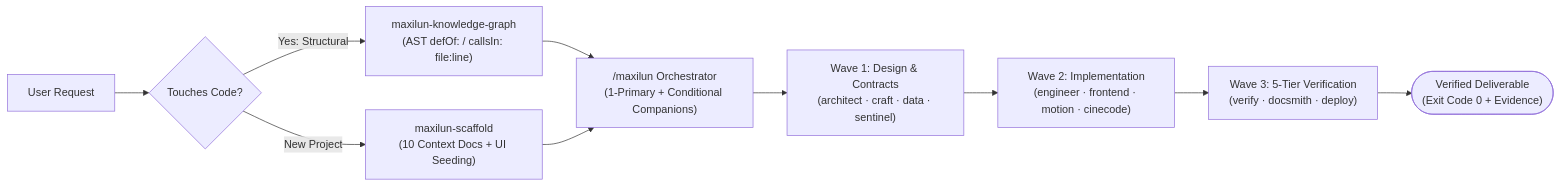
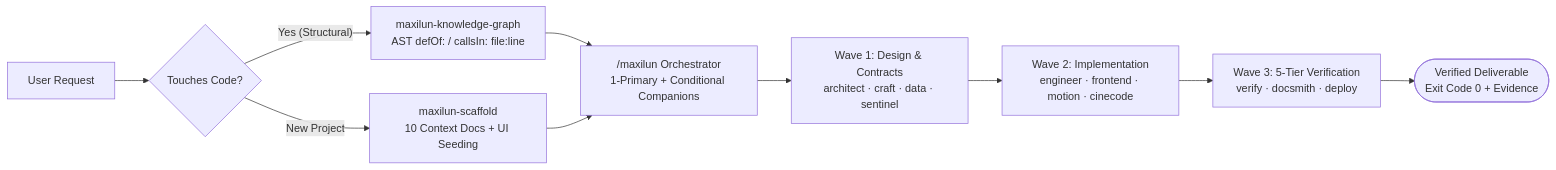
Before and after one commit to giriedu/maxilun: the first of 2 diagrams in README.md, drawn with Mermaid. The commit also changed other lines of this file and 2 other files, not shown here.

Commit message:
feat: release v2.3.0 with multi-skill motion video studio, reference corpora, and visual benchmarks

````diff
--- a/README.md
+++ b/README.md
@@ -66,13 +64,13 @@
 ```mermaid
 flowchart LR
     Prompt["User Request"] --> KG{"Touches Code?"}
-    KG -->|Yes: Structural| Graph["maxilun-knowledge-graph\n(AST defOf: / callsIn: file:line)"]
-    KG -->|New Project| Scaf["maxilun-scaffold\n(10 Context Docs + UI Seeding)"]
-    Graph --> Route["/maxilun Orchestrator\n(1-Primary + Conditional Companions)"]
+    KG -->|"Yes (Structural)"| Graph["maxilun-knowledge-graph<br/>AST defOf: / callsIn: file:line"]
+    KG -->|"New Project"| Scaf["maxilun-scaffold<br/>10 Context Docs + UI Seeding"]
+    Graph --> Route["/maxilun Orchestrator<br/>1-Primary + Conditional Companions"]
     Scaf --> Route
 
-    Route --> W1["Wave 1: Design & Contracts\n(architect · craft · data · sentinel)"]
-    W1 --> W2["Wave 2: Implementation\n(engineer · frontend · motion · cinecode)"]
-    W2 --> W3["Wave 3: 5-Tier Verification\n(verify · docsmith · deploy)"]
-    W3 --> Ship(["Verified Deliverable\n(Exit Code 0 + Evidence)"])
+    Route --> W1["Wave 1: Design & Contracts<br/>architect · craft · data · sentinel"]
+    W1 --> W2["Wave 2: Implementation<br/>engineer · frontend · motion · cinecode"]
+    W2 --> W3["Wave 3: 5-Tier Verification<br/>verify · docsmith · deploy"]
+    W3 --> Ship(["Verified Deliverable<br/>Exit Code 0 + Evidence"])
 ```
````
